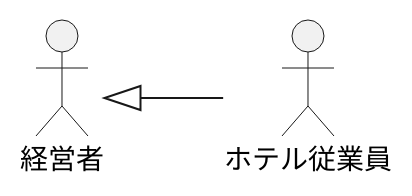
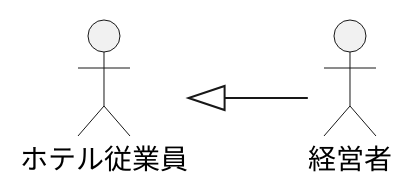
One commit to useruser0123/uml-introduction changed the diagram in 演習2-2_ホテル従業員.pu. Above: the diagram before and after it, drawn with PlantUML.

Commit message:
演習2-2 修正

```diff
--- a/演習2-2_ホテル従業員.pu
+++ b/演習2-2_ホテル従業員.pu
@@ -1,8 +1,8 @@
 @startuml ホテル従業員
  left to right direction
 actor ホテル従業員
 actor 経営者
 
-経営者 <|-- ホテル従業員
+ホテル従業員 <|-- 経営者
 
 @enduml
```
